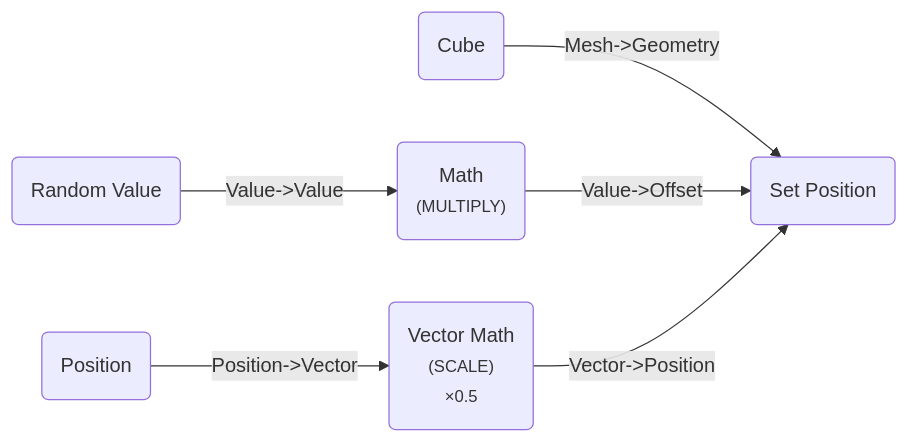
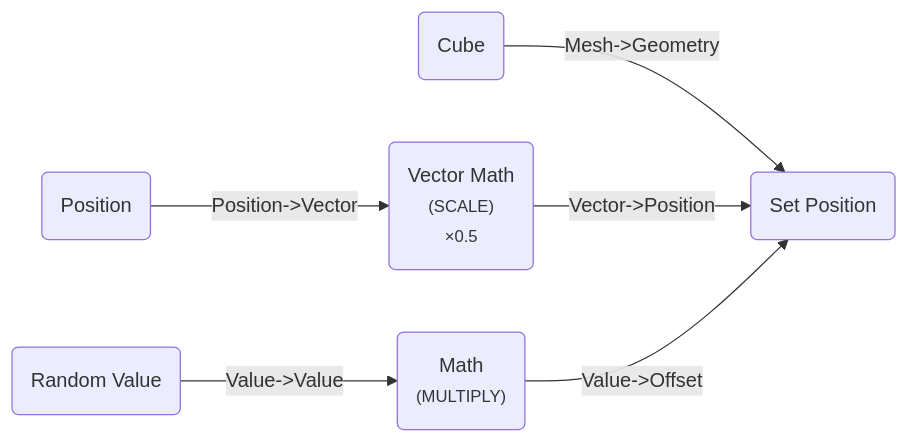
The first of 7 diagrams in node-api.llms.md (BradyAJohnston/nodebpy), drawn with Mermaid before and after one commit. The commit also changed other lines of this file and 104 other files, not shown here.

````diff
--- a/node-api.llms.md
+++ b/node-api.llms.md
@@ -38,14 +38,14 @@
 ``` mermaid
 graph LR
     N0("Position"):::input-node
     N1("Random Value"):::converter-node
     N2("Cube"):::geometry-node
     N3("Vector Math<br/><small>(SCALE)</small><br/><small>×0.5</small>"):::vector-node
     N4("Math<br/><small>(MULTIPLY)</small>"):::converter-node
     N5("Set Position"):::geometry-node
     N1 -->|"Value->Value"| N4
     N2 -->|"Mesh->Geometry"| N5
+    N3 -->|"Vector->Position"| N5
     N4 -->|"Value->Offset"| N5
     N0 -->|"Position->Vector"| N3
-    N3 -->|"Vector->Position"| N5
 ```
````
